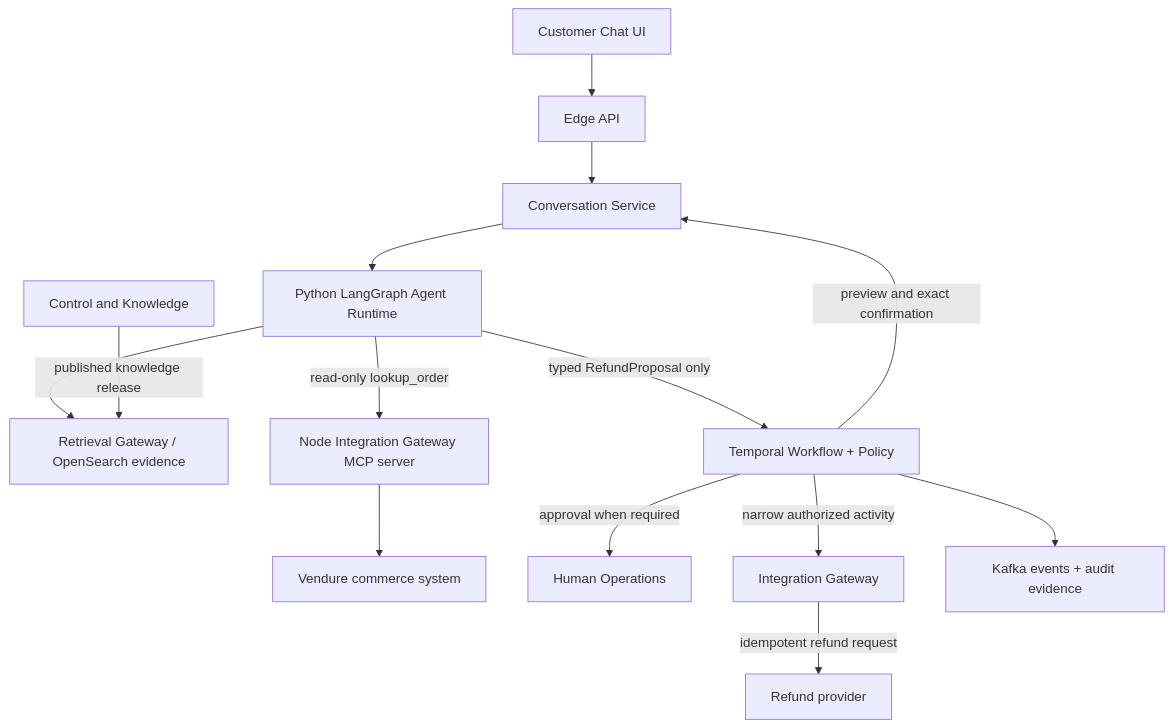
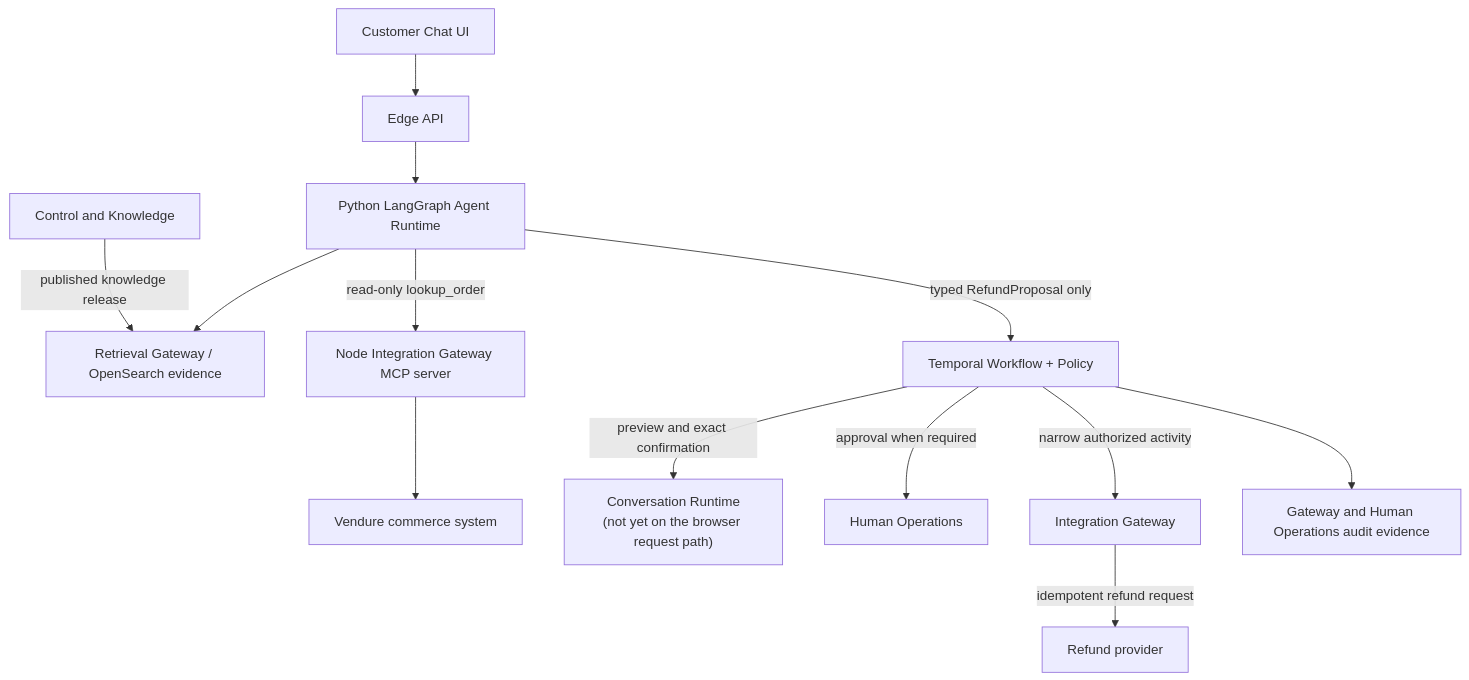
The diagram in docs/PROJECT_CONTEXT.md (chaitanya-y/customer-service-OS-lite), drawn with Mermaid before and after one commit. The commit also changed other lines of this file and 3 other files, not shown here.

````diff
--- a/docs/PROJECT_CONTEXT.md
+++ b/docs/PROJECT_CONTEXT.md
@@ -77,16 +77,16 @@
 ```mermaid
 flowchart TD
     UI["Customer Chat UI"] --> EDGE["Edge API"]
-    EDGE --> CONV["Conversation Service"]
-    CONV --> AGENT["Python LangGraph Agent Runtime"]
+    EDGE --> AGENT["Python LangGraph Agent Runtime"]
     AGENT --> RAG["Retrieval Gateway / OpenSearch evidence"]
     CONTROL["Control and Knowledge"] -->|"published knowledge release"| RAG
     AGENT -->|"read-only lookup_order"| MCP["Node Integration Gateway MCP server"]
     MCP --> VENDURE["Vendure commerce system"]
     AGENT -->|"typed RefundProposal only"| WF["Temporal Workflow + Policy"]
     WF -->|"preview and exact confirmation"| CONV
     WF -->|"approval when required"| HUMAN["Human Operations"]
     WF -->|"narrow authorized activity"| GATEWAY["Integration Gateway"]
     GATEWAY -->|"idempotent refund request"| PROVIDER["Refund provider"]
-    WF --> EVENTS["Kafka events + audit evidence"]
+    CONV["Conversation Runtime\n(not yet on the browser request path)"]
+    WF --> AUDIT["Gateway and Human Operations audit evidence"]
 ```
````
